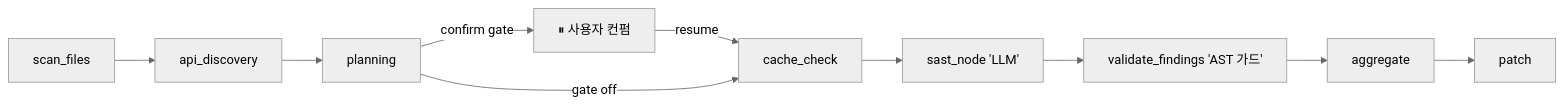
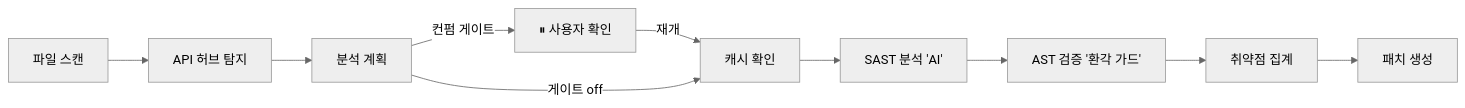
The diagram in README.md (ttogle918/kkebi), drawn with Mermaid (neutral theme) before and after one commit. The commit also changed other lines of this file, not shown here.

````diff
--- a/README.md
+++ b/README.md
@@ -24,11 +53,11 @@
 ```mermaid
 graph LR
-    A[scan_files] --> B[api_discovery]
-    B --> C[planning]
-    C -->|confirm gate| W[⏸ 사용자 컨펌]
-    W -->|resume| D[cache_check]
-    C -->|gate off| D
-    D --> E[sast_node 'LLM']
-    E --> V[validate_findings 'AST 가드']
-    V --> G[aggregate] --> H[patch]
+    A[파일 스캔] --> B[API 허브 탐지]
+    B --> C[분석 계획]
+    C -->|컨펌 게이트| W[⏸ 사용자 확인]
+    W -->|재개| D[캐시 확인]
+    C -->|게이트 off| D
+    D --> E[SAST 분석 'AI']
+    E --> V[AST 검증 '환각 가드']
+    V --> G[취약점 집계] --> H[패치 생성]
 ```
````
